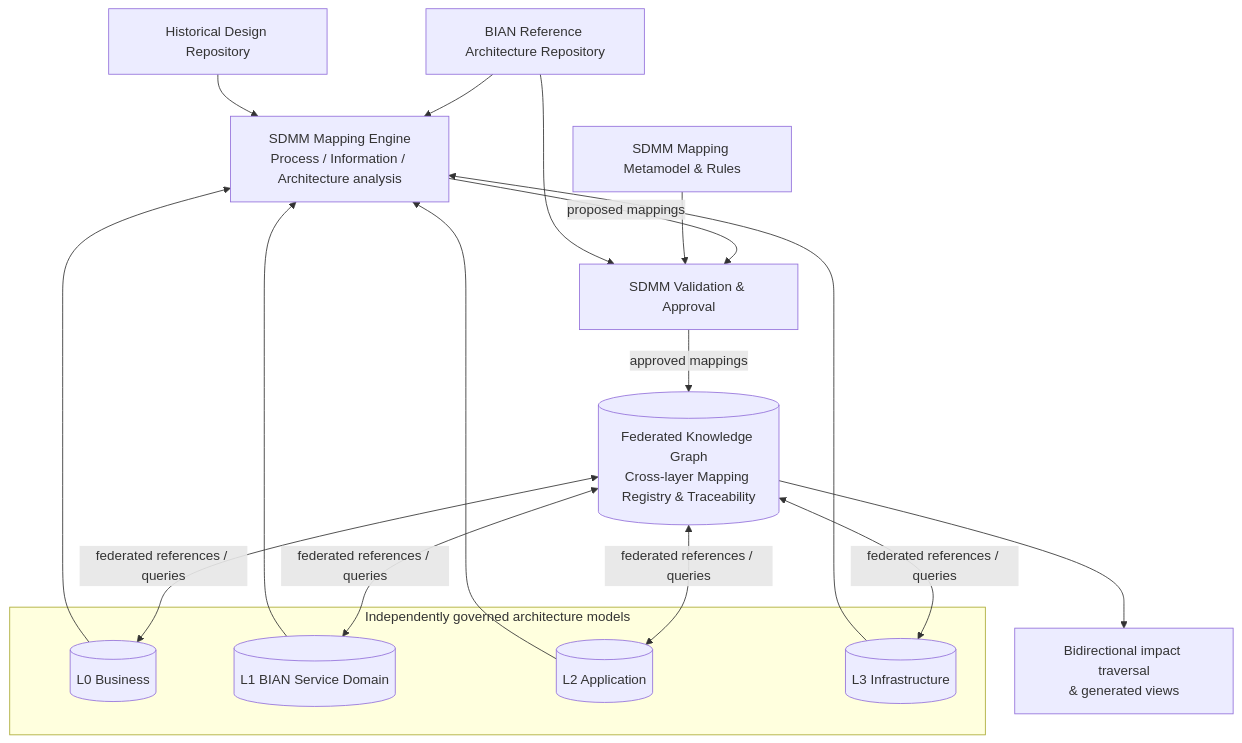
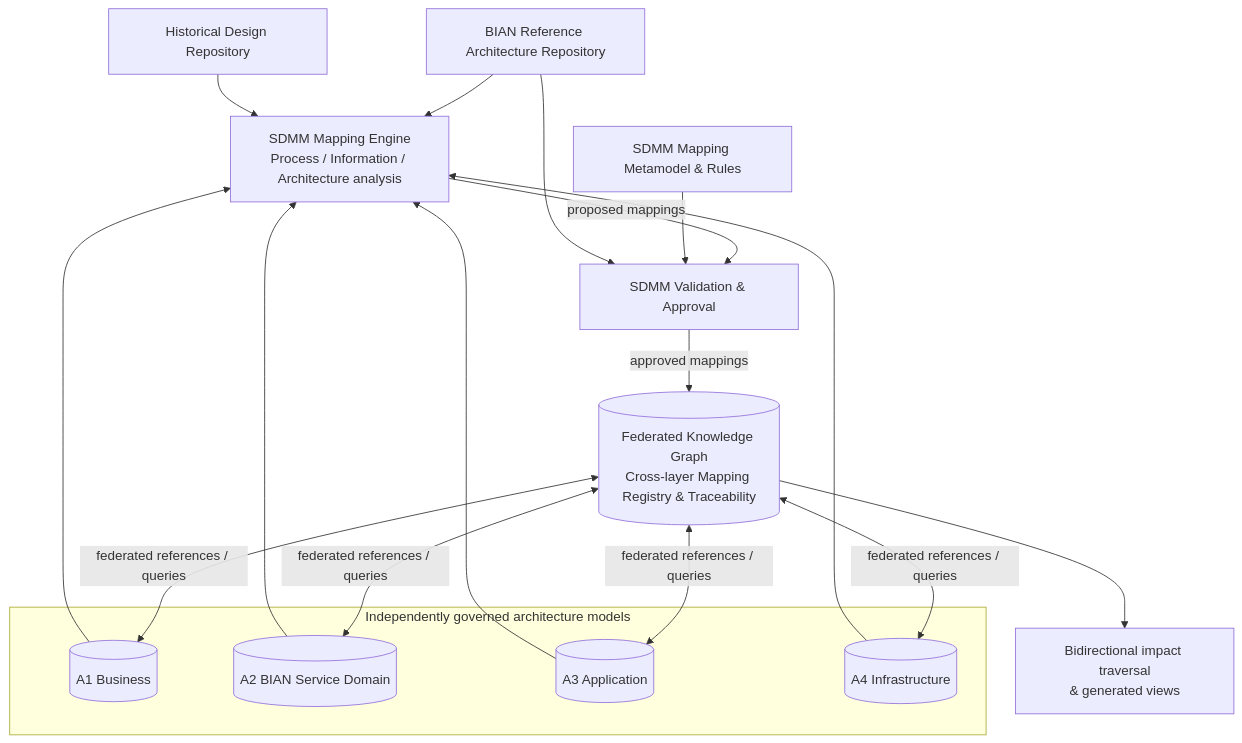
One commit to taumoeps/bian-sdem-framework changed the first of 6 diagrams in README.md. Above: the diagram before and after it, drawn with Mermaid. The commit also changed other lines of this file and 22 other files, not shown here.

````diff
--- a/README.md
+++ b/README.md
@@ -22,33 +24,33 @@
 ```mermaid
 flowchart TB
     REF[BIAN Reference Architecture Repository]
     HIST[Historical Design Repository]
     RULES[SDMM Mapping Metamodel & Rules]
     ENGINE["SDMM Mapping Engine<br/>Process / Information / Architecture analysis"]
     VALID[SDMM Validation & Approval]
     FED[(Federated Knowledge Graph<br/>Cross-layer Mapping Registry & Traceability)]
     IMPACT["Bidirectional impact traversal<br/>& generated views"]
 
     subgraph LEVELS[Independently governed architecture models]
-      L0[(L0 Business)]
-      L1[(L1 BIAN Service Domain)]
-      L2[(L2 Application)]
-      L3[(L3 Infrastructure)]
+      A1[(A1 Business)]
+      A2[(A2 BIAN Service Domain)]
+      A3[(A3 Application)]
+      A4[(A4 Infrastructure)]
     end
 
-    L0 --> ENGINE
-    L1 --> ENGINE
-    L2 --> ENGINE
-    L3 --> ENGINE
+    A1 --> ENGINE
+    A2 --> ENGINE
+    A3 --> ENGINE
+    A4 --> ENGINE
     REF --> ENGINE
     HIST --> ENGINE
     ENGINE -->|proposed mappings| VALID
     RULES --> VALID
     REF --> VALID
     VALID -->|approved mappings| FED
-    FED <-->|federated references / queries| L0
-    FED <-->|federated references / queries| L1
-    FED <-->|federated references / queries| L2
-    FED <-->|federated references / queries| L3
+    FED <-->|federated references / queries| A1
+    FED <-->|federated references / queries| A2
+    FED <-->|federated references / queries| A3
+    FED <-->|federated references / queries| A4
     FED --> IMPACT
 ```
````
